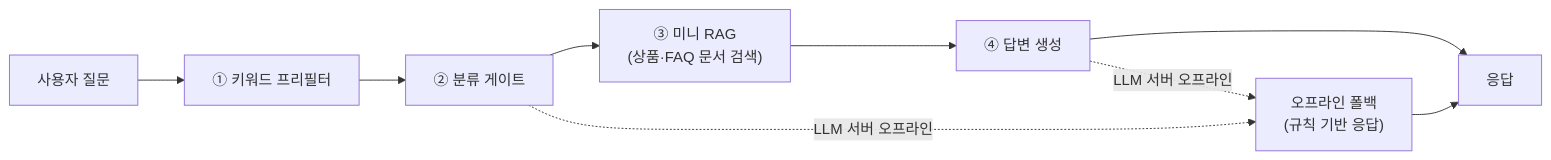
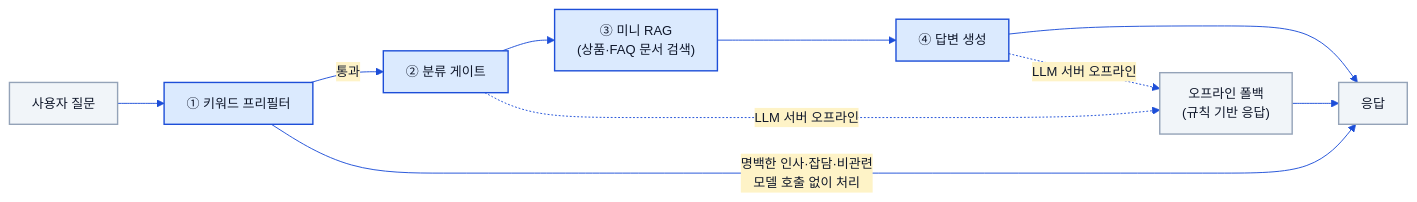
One commit to s-work-agency/ssw-e-commerce-demo-public changed the second of 2 diagrams in docs/architecture/01-system-architecture.md. Above: the diagram before and after it, drawn with Mermaid. The commit also changed other lines of this file and 30 other files, not shown here.

Commit message:
docs: 다이어그램 SVG 폐지·mermaid 일원화 및 구성도·ERD 최신화

````diff
--- a/docs/architecture/01-system-architecture.md
+++ b/docs/architecture/01-system-architecture.md
@@ -143,12 +167,20 @@
 ```mermaid
+%%{init: {"theme":"base","fontFamily":"Pretendard, Malgun Gothic, sans-serif","themeVariables":{"fontSize":"14px","primaryColor":"#DBEAFE","primaryBorderColor":"#1D4ED8","primaryTextColor":"#0F172A","lineColor":"#1D4ED8","secondaryColor":"#FEF3C7","tertiaryColor":"#DCFCE7","clusterBkg":"#F8FAFC","clusterBorder":"#CBD5E1","noteBkgColor":"#FEF3C7","noteBorderColor":"#D97706","actorBkg":"#DBEAFE","actorBorder":"#1D4ED8","actorTextColor":"#0F172A","signalColor":"#1D4ED8","signalTextColor":"#0F172A","labelBoxBkgColor":"#DBEAFE","labelBoxBorderColor":"#1D4ED8","altSectionBkgColor":"#F8FAFC"},"flowchart":{"curve":"basis","htmlLabels":true,"padding":12}}}%%
+%% 공통 브랜드 테마 — architecture/*.md 전 다이어그램에 동일한 init 블록이 들어간다. 색을 바꿀 때는 이 폴더 전 파일을 일괄 치환할 것.
 graph LR
     q["사용자 질문"] --> pre["① 키워드 프리필터"]
-    pre --> cls["② 분류 게이트"]
+    pre -->|"통과"| cls["② 분류 게이트"]
+    pre -->|"명백한 인사·잡담·비관련<br/>모델 호출 없이 처리"| out["응답"]
     cls --> rag["③ 미니 RAG<br/>(상품·FAQ 문서 검색)"]
     rag --> ans["④ 답변 생성"]
-    ans --> out["응답"]
+    ans --> out
 
     cls -.->|"LLM 서버 오프라인"| fb["오프라인 폴백<br/>(규칙 기반 응답)"]
     ans -.->|"LLM 서버 오프라인"| fb
     fb --> out
+
+    classDef step fill:#DBEAFE,stroke:#1D4ED8,stroke-width:1.5px,color:#0F172A
+    classDef ext fill:#F1F5F9,stroke:#94A3B8,stroke-width:1.5px,color:#0F172A
+    class pre,cls,rag,ans step
+    class q,out,fb ext
 ```
````
